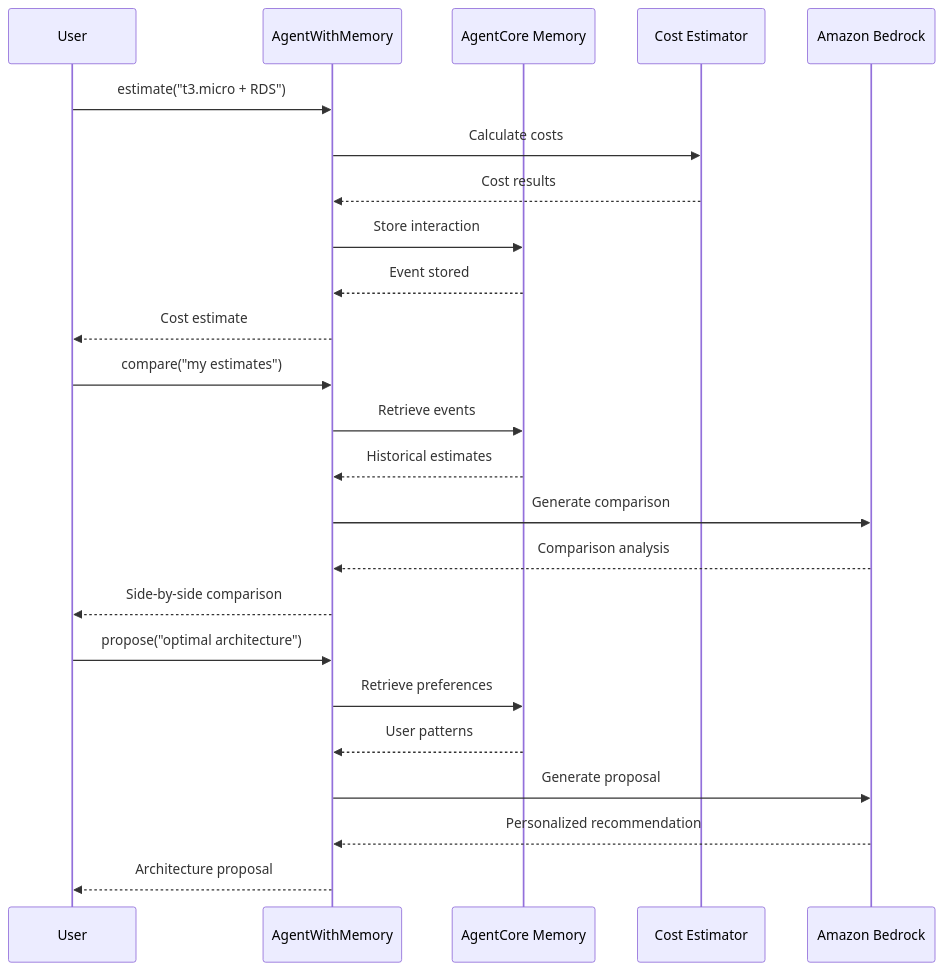
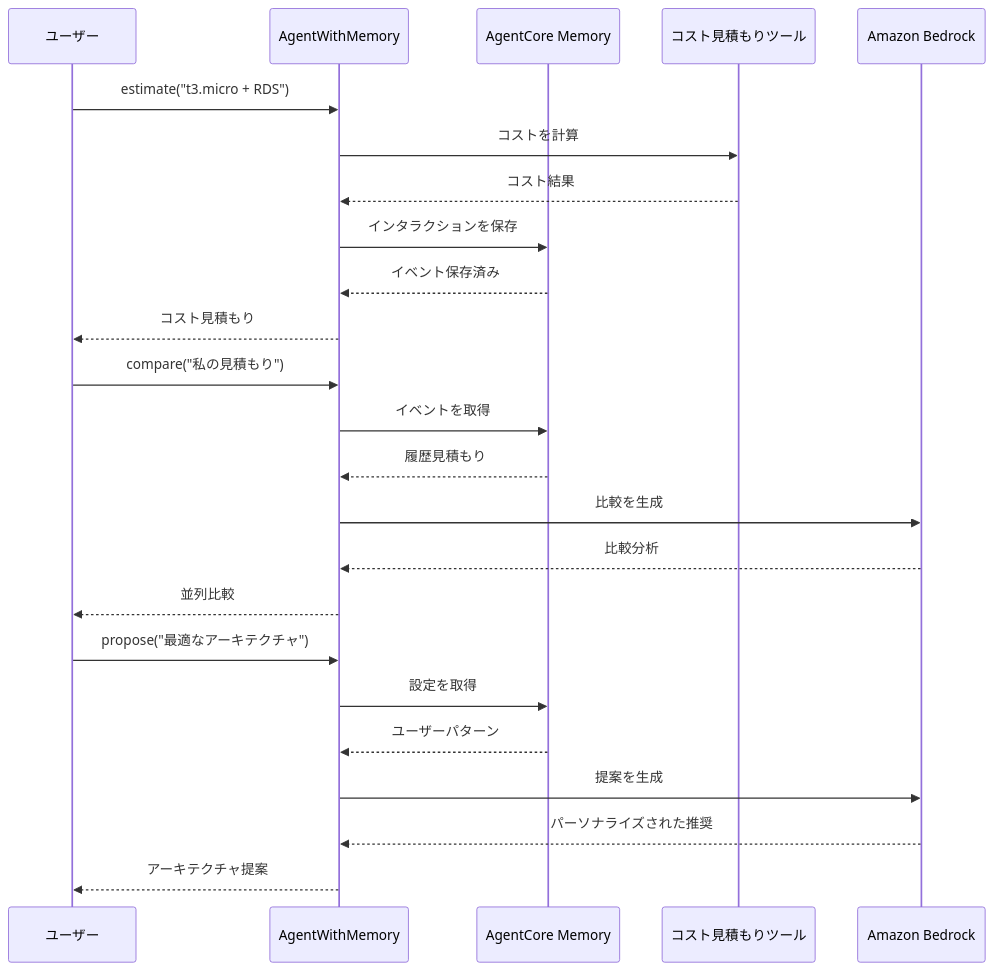
Before and after one commit to tetsuo-nobe/sample-amazon-bedrock-agentcore-jp: the diagram in 06_memory/README.md, drawn with Mermaid. The commit also changed other lines of this file and 17 other files, not shown here.

````diff
--- a/06_memory/README.md
+++ b/06_memory/README.md
@@ -9,29 +9,29 @@
 ```mermaid
 sequenceDiagram
-    participant User as User
+    participant User as ユーザー
     participant Agent as AgentWithMemory
     participant Memory as AgentCore Memory
-    participant Estimator as Cost Estimator
+    participant Estimator as コスト見積もりツール
     participant Bedrock as Amazon Bedrock
 
     User->>Agent: estimate("t3.micro + RDS")
-    Agent->>Estimator: Calculate costs
-    Estimator-->>Agent: Cost results
-    Agent->>Memory: Store interaction
-    Memory-->>Agent: Event stored
-    Agent-->>User: Cost estimate
+    Agent->>Estimator: コストを計算
+    Estimator-->>Agent: コスト結果
+    Agent->>Memory: インタラクションを保存
+    Memory-->>Agent: イベント保存済み
+    Agent-->>User: コスト見積もり
 
-    User->>Agent: compare("my estimates")
-    Agent->>Memory: Retrieve events
-    Memory-->>Agent: Historical estimates
-    Agent->>Bedrock: Generate comparison
-    Bedrock-->>Agent: Comparison analysis
-    Agent-->>User: Side-by-side comparison
+    User->>Agent: compare("私の見積もり")
+    Agent->>Memory: イベントを取得
+    Memory-->>Agent: 履歴見積もり
+    Agent->>Bedrock: 比較を生成
+    Bedrock-->>Agent: 比較分析
+    Agent-->>User: 並列比較
 
-    User->>Agent: propose("optimal architecture")
-    Agent->>Memory: Retrieve preferences
-    Memory-->>Agent: User patterns
-    Agent->>Bedrock: Generate proposal
-    Bedrock-->>Agent: Personalized recommendation
-    Agent-->>User: Architecture proposal
+    User->>Agent: propose("最適なアーキテクチャ")
+    Agent->>Memory: 設定を取得
+    Memory-->>Agent: ユーザーパターン
+    Agent->>Bedrock: 提案を生成
+    Bedrock-->>Agent: パーソナライズされた推奨
+    Agent-->>User: アーキテクチャ提案
 ```
````
